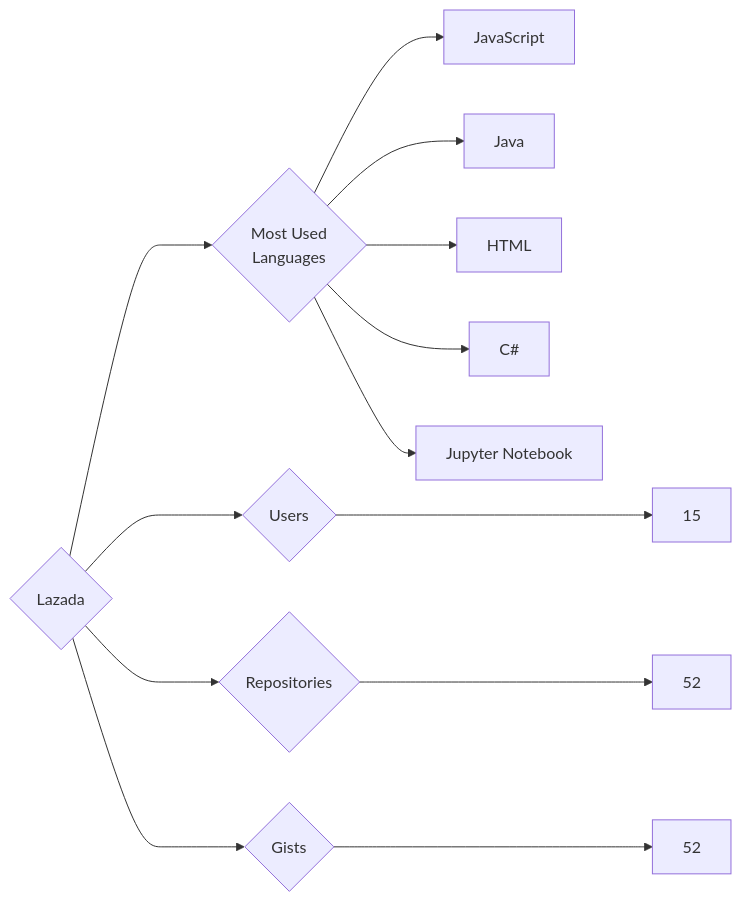
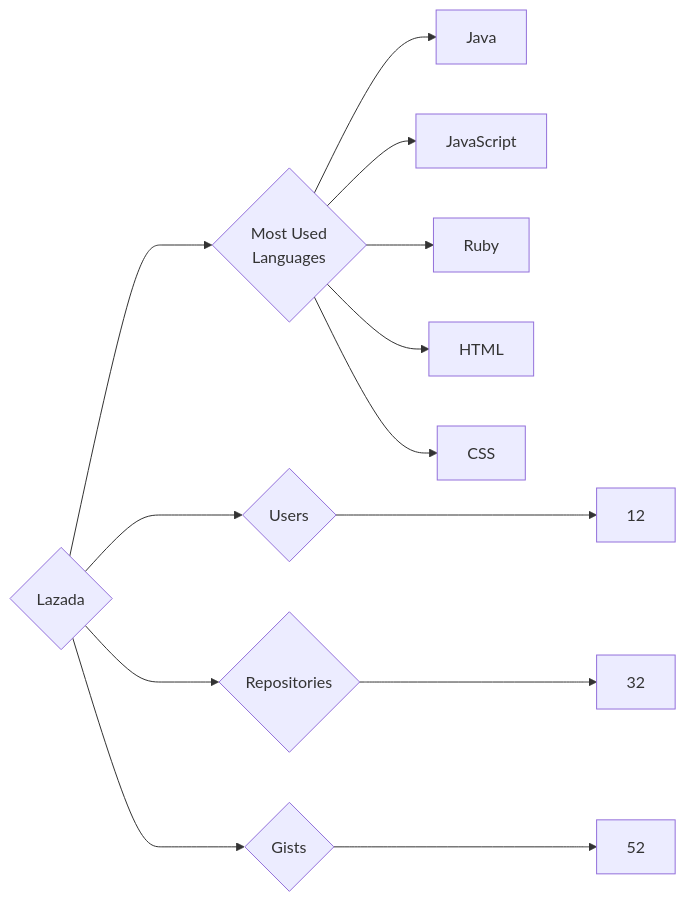
Before and after one commit to trickest/insiders: the diagram in targets/Lazada/README.md, drawn with Mermaid. The commit also changed 873 other files, not shown here.

````diff
--- a/targets/Lazada/README.md
+++ b/targets/Lazada/README.md
@@ -3,13 +3,13 @@
 ```mermaid
 graph LR
 COMPANY_NAME{Lazada}
-COMPANY_NAME ---> U{Users} ---> UN[15]
-COMPANY_NAME ---> R{Repositories} ---> RN[52]
+COMPANY_NAME ---> U{Users} ---> UN[12]
+COMPANY_NAME ---> R{Repositories} ---> RN[32]
 COMPANY_NAME ---> G{Gists} ---> GN[52]
 COMPANY_NAME ---> ML{Most Used<br>Languages}
+ML --> Java[Java]
 ML --> JavaScript[JavaScript]
-ML --> Java[Java]
+ML --> Ruby[Ruby]
 ML --> HTML[HTML]
-ML --> C#[C#]
-ML --> Jupyter_Notebook[Jupyter Notebook]
+ML --> CSS[CSS]
 ```
````
